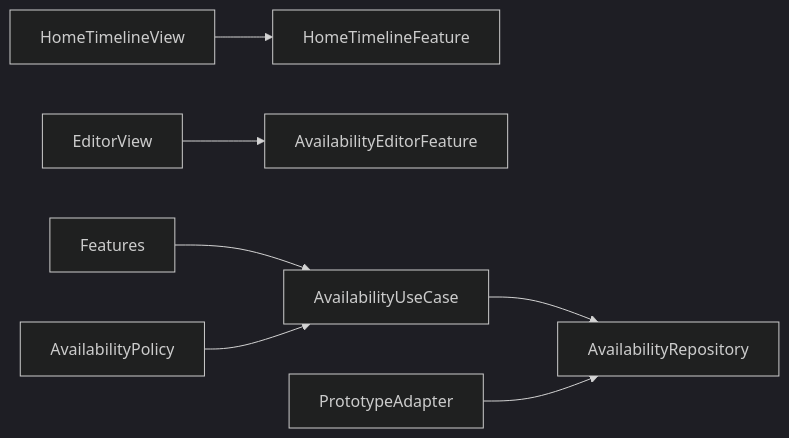
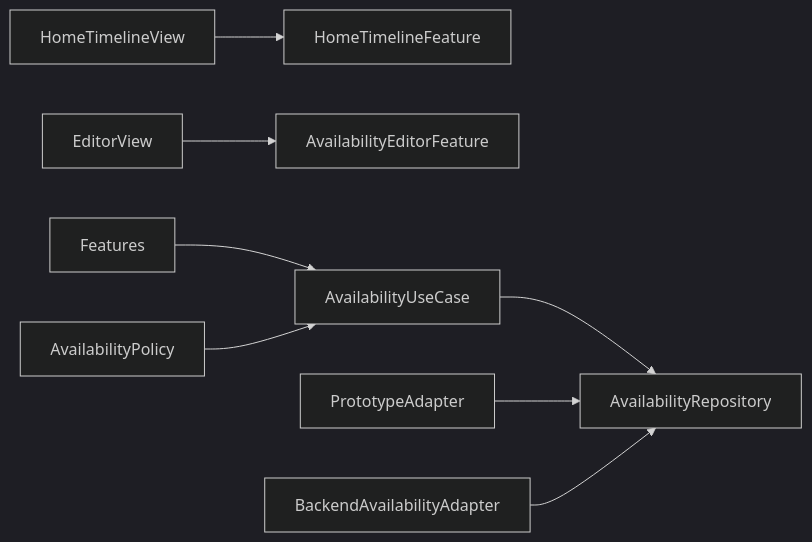
Before and after one commit to beyond-labo/free-time-matching: the diagram in .kiro/specs/ios-availability/design.md, drawn with Mermaid (dark theme). The commit also changed other lines of this file and 68 other files, not shown here.

````diff
--- a/.kiro/specs/ios-availability/design.md
+++ b/.kiro/specs/ios-availability/design.md
@@ -42,9 +42,10 @@
 ```mermaid
 graph LR
     HomeTimelineView --> HomeTimelineFeature
     EditorView --> AvailabilityEditorFeature
     Features --> AvailabilityUseCase
     AvailabilityUseCase --> AvailabilityRepository
     PrototypeAdapter --> AvailabilityRepository
+    BackendAvailabilityAdapter --> AvailabilityRepository
     AvailabilityPolicy --> AvailabilityUseCase
 ```
````
